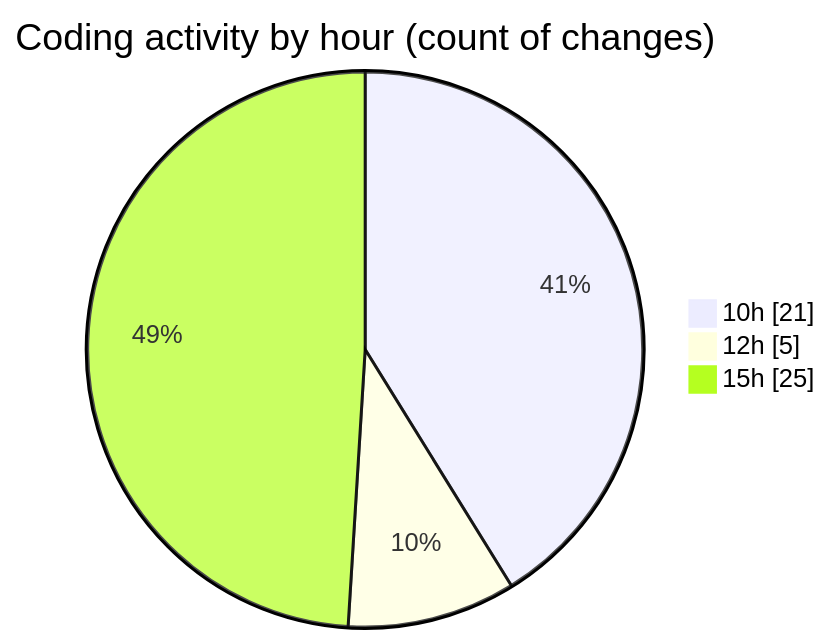
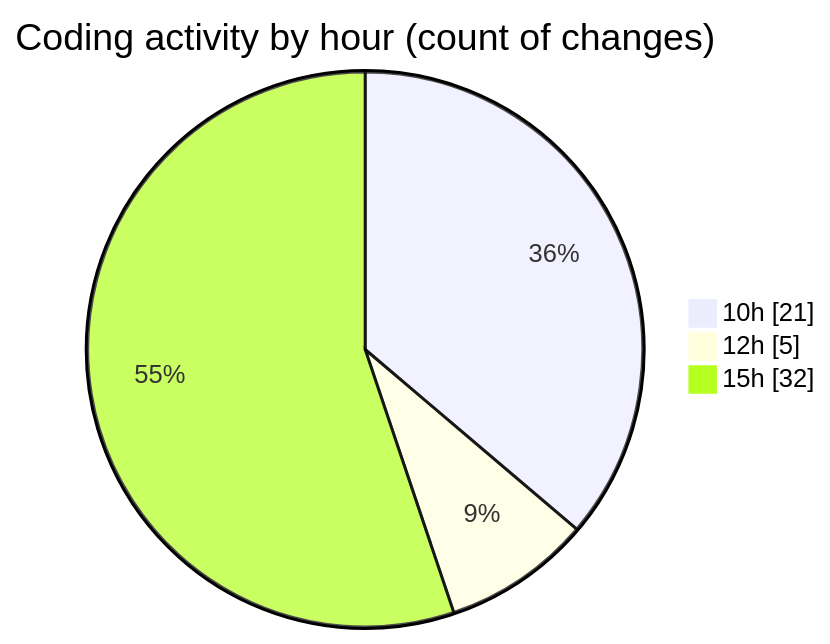
The second of 2 diagrams in 2025-08-27/cda/README.md (momahboobian/code-tracking), drawn with Mermaid before and after one commit. The commit also changed other lines of this file and 1 other file, not shown here.

````diff
--- a/2025-08-27/cda/README.md
+++ b/2025-08-27/cda/README.md
@@ -37,7 +37,7 @@
 ```mermaid
 pie showData
 title Coding activity by hour (count of changes)
 "10h" : 21
 "12h" : 5
-"15h" : 25
+"15h" : 32
 ```
````
